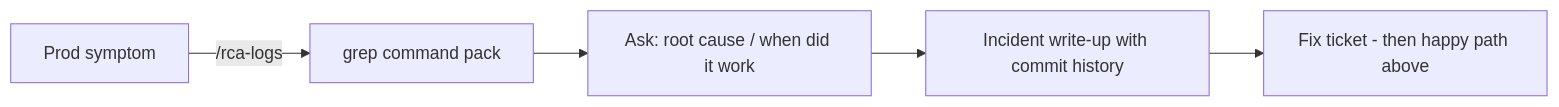
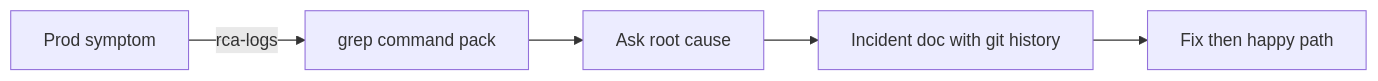
The second of 2 diagrams in WORKFLOW.md (trusttAshutosh/cursor-markdowns), drawn with Mermaid before and after one commit. The commit also changed other lines of this file and 1 other file, not shown here.

First line of the commit message:
fix: GitHub-compatible mermaid in WORKFLOW diagrams

````diff
--- a/WORKFLOW.md
+++ b/WORKFLOW.md
@@ -37,7 +37,7 @@
 ```mermaid
 flowchart LR
-  P[Prod symptom] -->|"/rca-logs"| Q[grep command pack]
-  Q --> R["Ask: root cause / when did it work"]
-  R --> S[Incident write-up with commit history]
-  S --> T[Fix ticket - then happy path above]
+  P[Prod symptom] -->|rca-logs| Q[grep command pack]
+  Q --> R[Ask root cause]
+  R --> S[Incident doc with git history]
+  S --> T[Fix then happy path]
 ```
````
